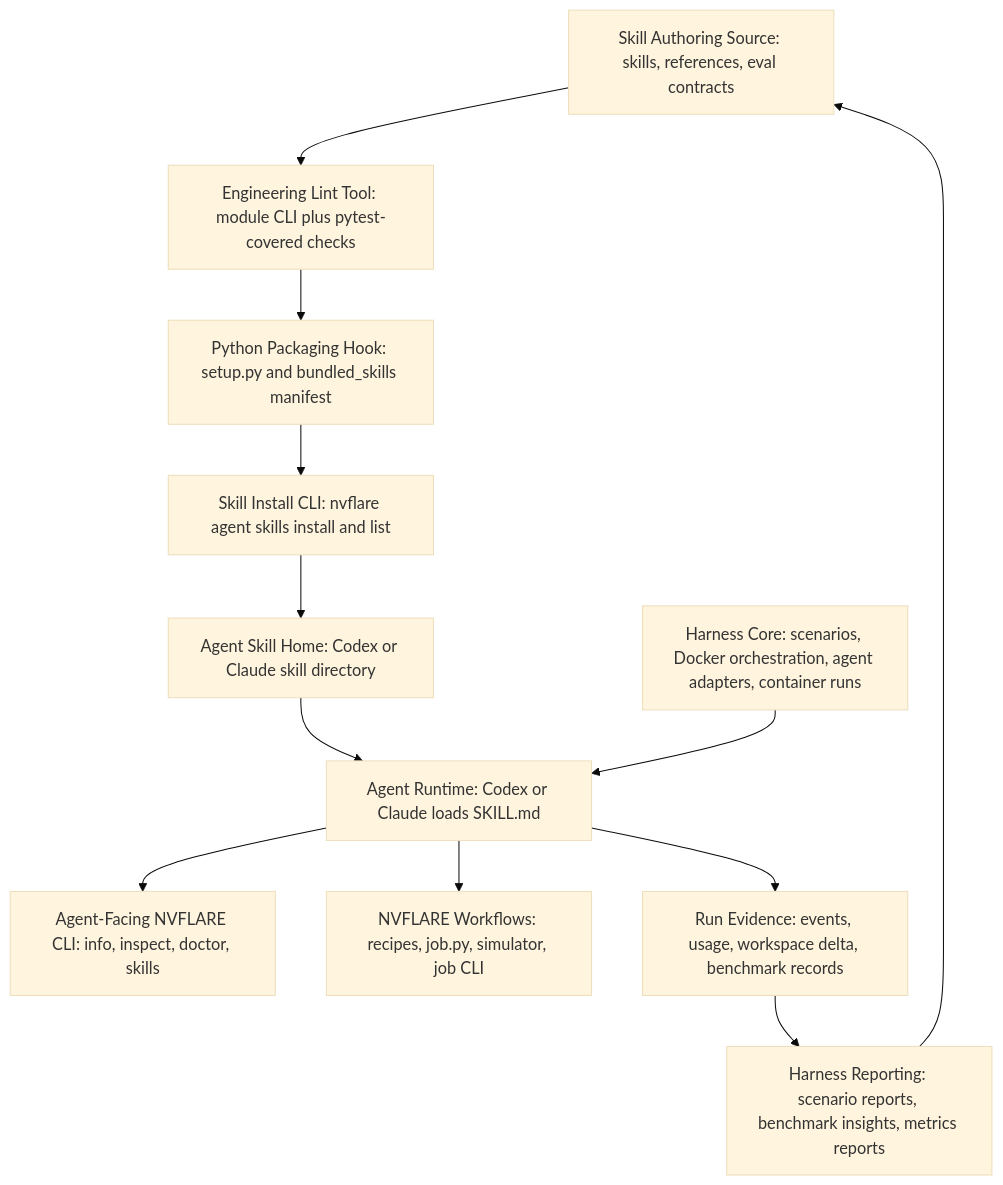
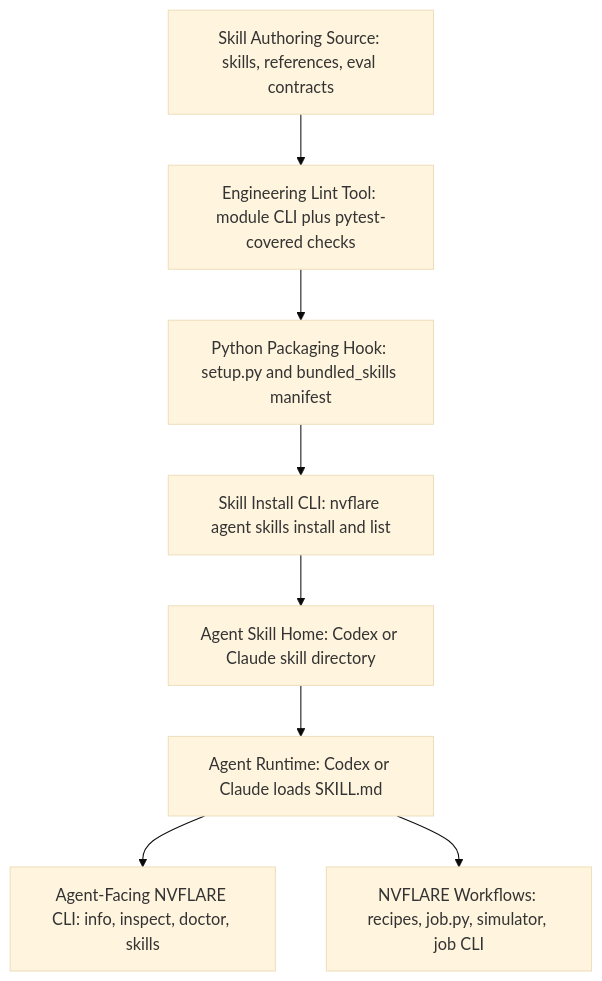
One commit to chesterxgchen/NVFlare changed the first of 4 diagrams in docs/design/skills_architecture.md. Above: the diagram before and after it, drawn with Mermaid (base theme). The commit also changed other lines of this file and 77 other files, not shown here.

Commit message:
Refactor skills benchmark harness package

````diff
--- a/docs/design/skills_architecture.md
+++ b/docs/design/skills_architecture.md
@@ -9,16 +10,11 @@
 ```mermaid
 flowchart TB
     Authoring["Skill Authoring Source: skills, references, eval contracts"] --> Lint["Engineering Lint Tool: module CLI plus pytest-covered checks"]
     Lint --> Package["Python Packaging Hook: setup.py and bundled_skills manifest"]
     Package --> Install["Skill Install CLI: nvflare agent skills install and list"]
     Install --> AgentHome["Agent Skill Home: Codex or Claude skill directory"]
 
     AgentHome --> AgentRuntime["Agent Runtime: Codex or Claude loads SKILL.md"]
     AgentRuntime --> AgentCLI["Agent-Facing NVFLARE CLI: info, inspect, doctor, skills"]
     AgentRuntime --> NVFLAREWork["NVFLARE Workflows: recipes, job.py, simulator, job CLI"]
-
-    HarnessCore["Harness Core: scenarios, Docker orchestration, agent adapters, container runs"] --> AgentRuntime
-    AgentRuntime --> Evidence["Run Evidence: events, usage, workspace delta, benchmark records"]
-    Evidence --> HarnessReporting["Harness Reporting: scenario reports, benchmark insights, metrics reports"]
-    HarnessReporting --> Authoring
 ```
````
